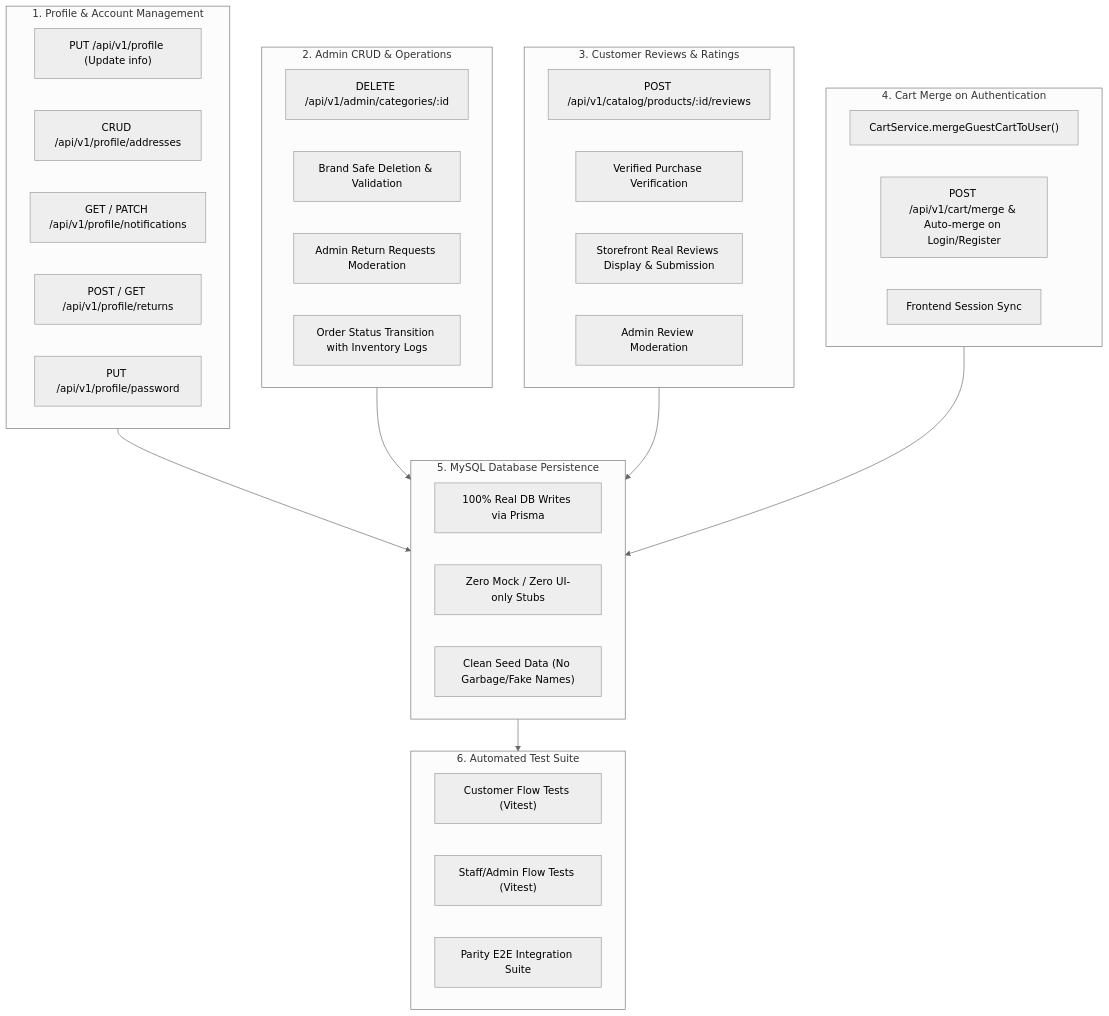
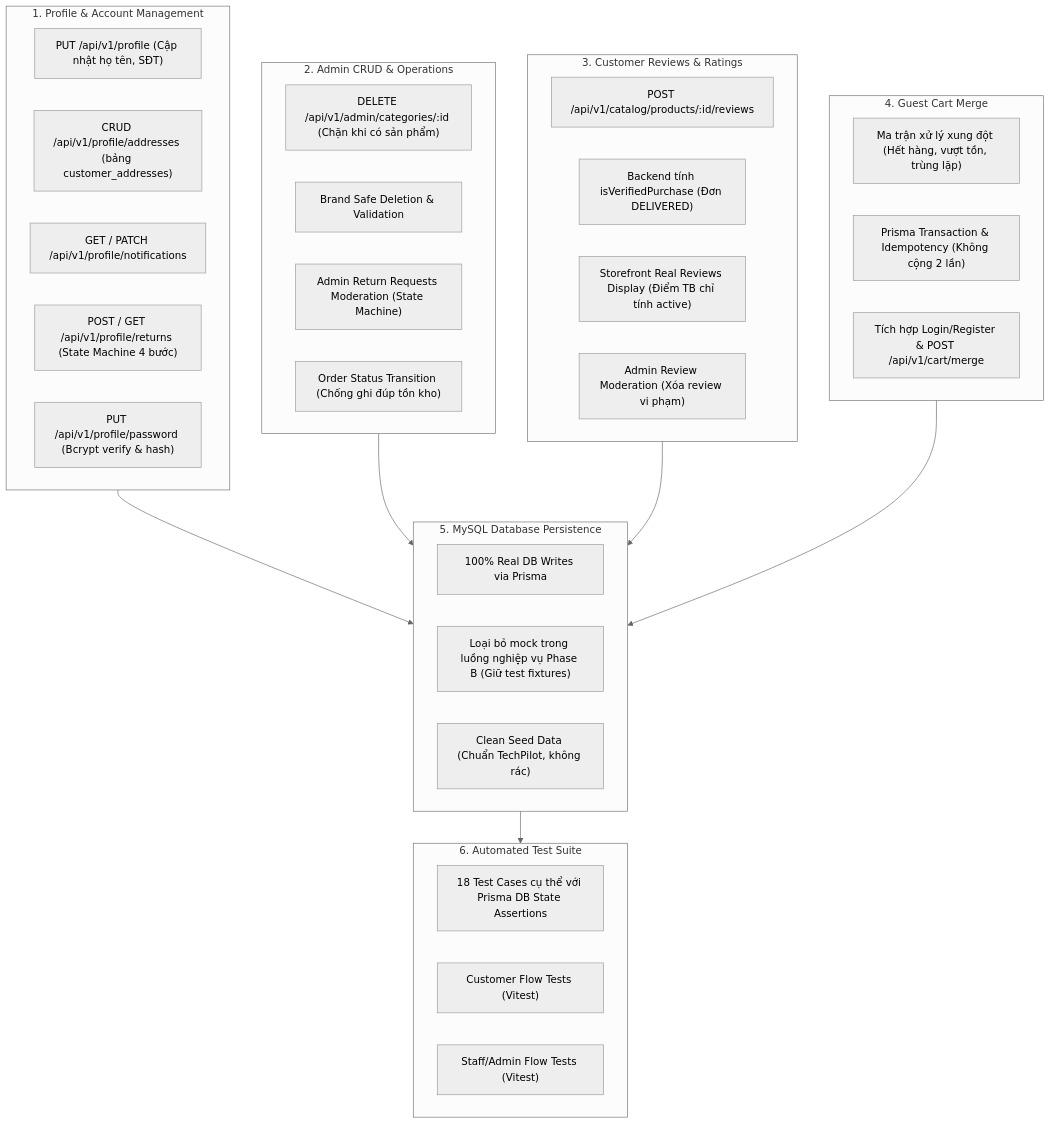
The first of 2 diagrams in docs/17-functional-parity-phase-b/PHASE_B_EXECUTION_PLAN.md (ntrungz0704/Nexora), drawn with Mermaid (neutral theme) before and after one commit. The commit also changed other lines of this file, not shown here.

Commit message:
docs(plan): cap nhat ke hoach phase b theo cac tieu chi lam ro

````diff
--- a/docs/17-functional-parity-phase-b/PHASE_B_EXECUTION_PLAN.md
+++ b/docs/17-functional-parity-phase-b/PHASE_B_EXECUTION_PLAN.md
@@ -66,48 +68,48 @@
 ```mermaid
 flowchart TD
     subgraph Stream1 ["1. Profile & Account Management"]
-        S1A["PUT /api/v1/profile (Update info)"]
-        S1B["CRUD /api/v1/profile/addresses"]
+        S1A["PUT /api/v1/profile (Cập nhật họ tên, SĐT)"]
+        S1B["CRUD /api/v1/profile/addresses (bảng customer_addresses)"]
         S1C["GET / PATCH /api/v1/profile/notifications"]
-        S1D["POST / GET /api/v1/profile/returns"]
-        S1E["PUT /api/v1/profile/password"]
+        S1D["POST / GET /api/v1/profile/returns (State Machine 4 bước)"]
+        S1E["PUT /api/v1/profile/password (Bcrypt verify & hash)"]
     end
 
     subgraph Stream2 ["2. Admin CRUD & Operations"]
-        S2A["DELETE /api/v1/admin/categories/:id"]
+        S2A["DELETE /api/v1/admin/categories/:id (Chặn khi có sản phẩm)"]
         S2B["Brand Safe Deletion & Validation"]
-        S2C["Admin Return Requests Moderation"]
-        S2D["Order Status Transition with Inventory Logs"]
+        S2C["Admin Return Requests Moderation (State Machine)"]
+        S2D["Order Status Transition (Chống ghi đúp tồn kho)"]
     end
 
     subgraph Stream3 ["3. Customer Reviews & Ratings"]
         S3A["POST /api/v1/catalog/products/:id/reviews"]
-        S3B["Verified Purchase Verification"]
-        S3C["Storefront Real Reviews Display & Submission"]
-        S3D["Admin Review Moderation"]
+        S3B["Backend tính isVerifiedPurchase (Đơn DELIVERED)"]
+        S3C["Storefront Real Reviews Display (Điểm TB chỉ tính active)"]
+        S3D["Admin Review Moderation (Xóa review vi phạm)"]
     end
 
-    subgraph Stream4 ["4. Cart Merge on Authentication"]
-        S4A["CartService.mergeGuestCartToUser()"]
-        S4B["POST /api/v1/cart/merge & Auto-merge on Login/Register"]
-        S4C["Frontend Session Sync"]
+    subgraph Stream4 ["4. Guest Cart Merge"]
+        S4A["Ma trận xử lý xung đột (Hết hàng, vượt tồn, trùng lặp)"]
+        S4B["Prisma Transaction & Idempotency (Không cộng 2 lần)"]
+        S4C["Tích hợp Login/Register & POST /api/v1/cart/merge"]
     end
 
     subgraph Stream5 ["5. MySQL Database Persistence"]
         S5A["100% Real DB Writes via Prisma"]
-        S5B["Zero Mock / Zero UI-only Stubs"]
-        S5C["Clean Seed Data (No Garbage/Fake Names)"]
+        S5B["Loại bỏ mock trong luồng nghiệp vụ Phase B (Giữ test fixtures)"]
+        S5C["Clean Seed Data (Chuẩn TechPilot, không rác)"]
     end
 
     subgraph Stream6 ["6. Automated Test Suite"]
-        S6A["Customer Flow Tests (Vitest)"]
-        S6B["Staff/Admin Flow Tests (Vitest)"]
-        S6C["Parity E2E Integration Suite"]
+        S6A["18 Test Cases cụ thể với Prisma DB State Assertions"]
+        S6B["Customer Flow Tests (Vitest)"]
+        S6C["Staff/Admin Flow Tests (Vitest)"]
     end
 
     Stream1 --> Stream5
     Stream2 --> Stream5
     Stream3 --> Stream5
     Stream4 --> Stream5
     Stream5 --> Stream6
 ```
````
